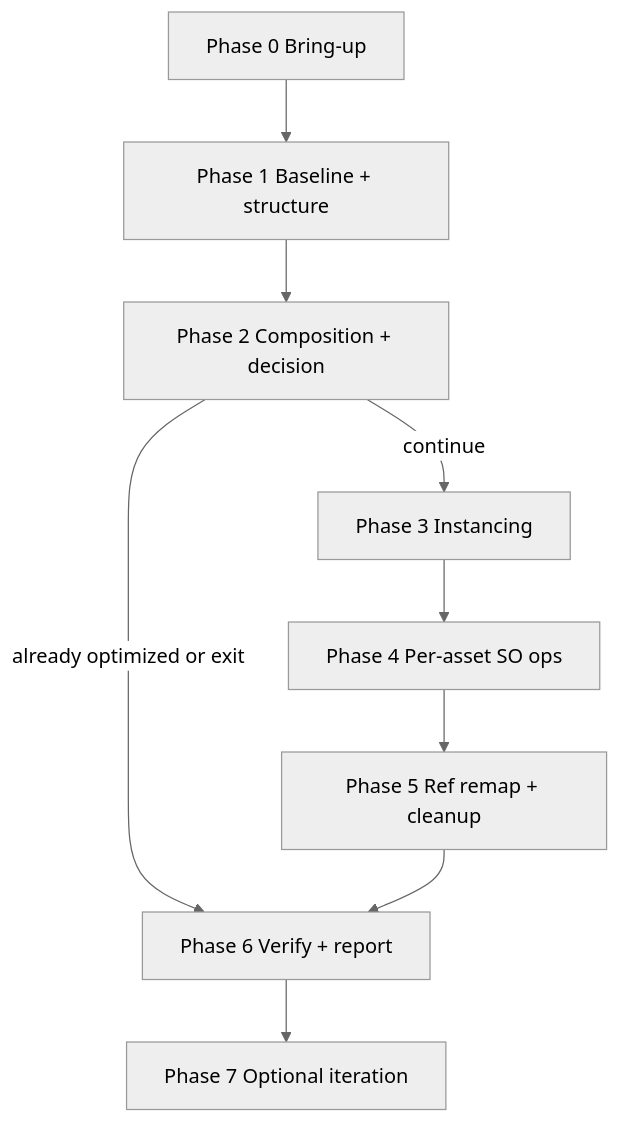
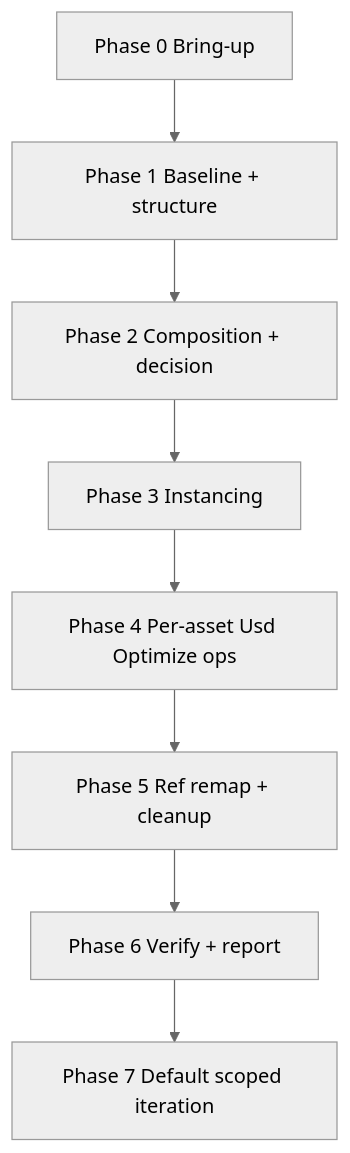
The diagram in plugins/nvidia/skills/omniverse-usd-performance-tuning/references/skill-map.md (Trapezohe/ghast-plugins), drawn with Mermaid (neutral theme) before and after one commit. The commit also changed other lines of this file and 5513 other files, not shown here.

````diff
--- a/plugins/nvidia/skills/omniverse-usd-performance-tuning/references/skill-map.md
+++ b/plugins/nvidia/skills/omniverse-usd-performance-tuning/references/skill-map.md
@@ -98,15 +110,14 @@
 ```mermaid
 flowchart TD
   P0["Phase 0 Bring-up"]
   P1["Phase 1 Baseline + structure"]
   P2["Phase 2 Composition + decision"]
   P3["Phase 3 Instancing"]
-  P4["Phase 4 Per-asset SO ops"]
+  P4["Phase 4 Per-asset Usd Optimize ops"]
   P5["Phase 5 Ref remap + cleanup"]
   P6["Phase 6 Verify + report"]
-  P7["Phase 7 Optional iteration"]
+  P7["Phase 7 Default scoped iteration"]
   P0 --> P1 --> P2
-  P2 -->|"already optimized or exit"| P6
-  P2 -->|"continue"| P3 --> P4 --> P5 --> P6
+  P2 --> P3 --> P4 --> P5 --> P6
   P6 --> P7
 ```
````
